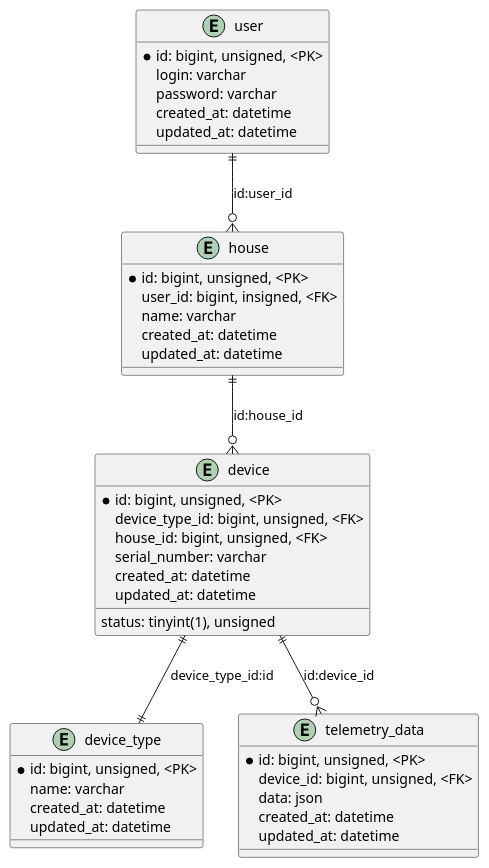
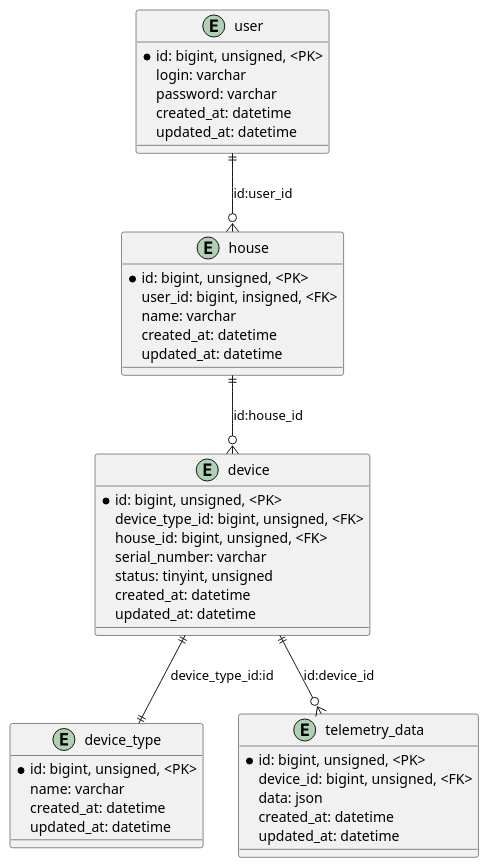
The diagram in schemas/src/er/smarthome_er.puml (arefev/warmhouse), drawn with PlantUML before and after one commit. The commit also changed 1 other file, not shown here.

Commit message:
warmhouse: обновил схемы

```diff
--- a/schemas/src/er/smarthome_er.puml
+++ b/schemas/src/er/smarthome_er.puml
@@ -1,50 +1,50 @@
 @startuml SmartHomeER
 
 entity user {
     *id: bigint, unsigned, <PK>
     login: varchar
     password: varchar
     created_at: datetime
     updated_at: datetime
 }
 
 entity house {
     *id: bigint, unsigned, <PK>
     user_id: bigint, insigned, <FK>
     name: varchar
     created_at: datetime
     updated_at: datetime
 }
 
 entity device_type {
     *id: bigint, unsigned, <PK>
     name: varchar
     created_at: datetime
     updated_at: datetime
 }
 
 entity device {
     *id: bigint, unsigned, <PK>
     device_type_id: bigint, unsigned, <FK>
     house_id: bigint, unsigned, <FK>
     serial_number: varchar
-    status: tinyint(1), unsigned
+    status: tinyint, unsigned
     created_at: datetime
     updated_at: datetime
 }
 
 entity telemetry_data {
     *id: bigint, unsigned, <PK>
     device_id: bigint, unsigned, <FK>
     data: json
     created_at: datetime
     updated_at: datetime
 }
 
 
 user ||--o{ house : "id:user_id"
 house ||--o{ device : "id:house_id"
 device ||--|| device_type : "device_type_id:id"
 device ||--o{ telemetry_data : "id:device_id"
 
 @enduml
```
